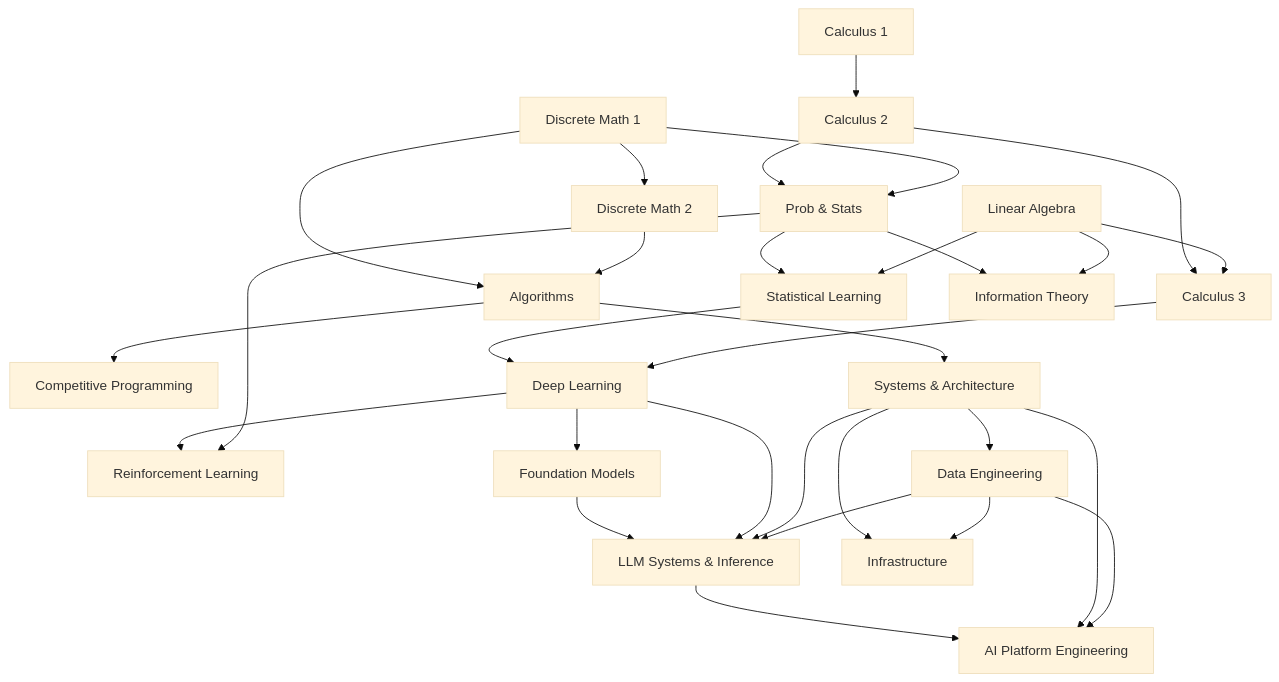
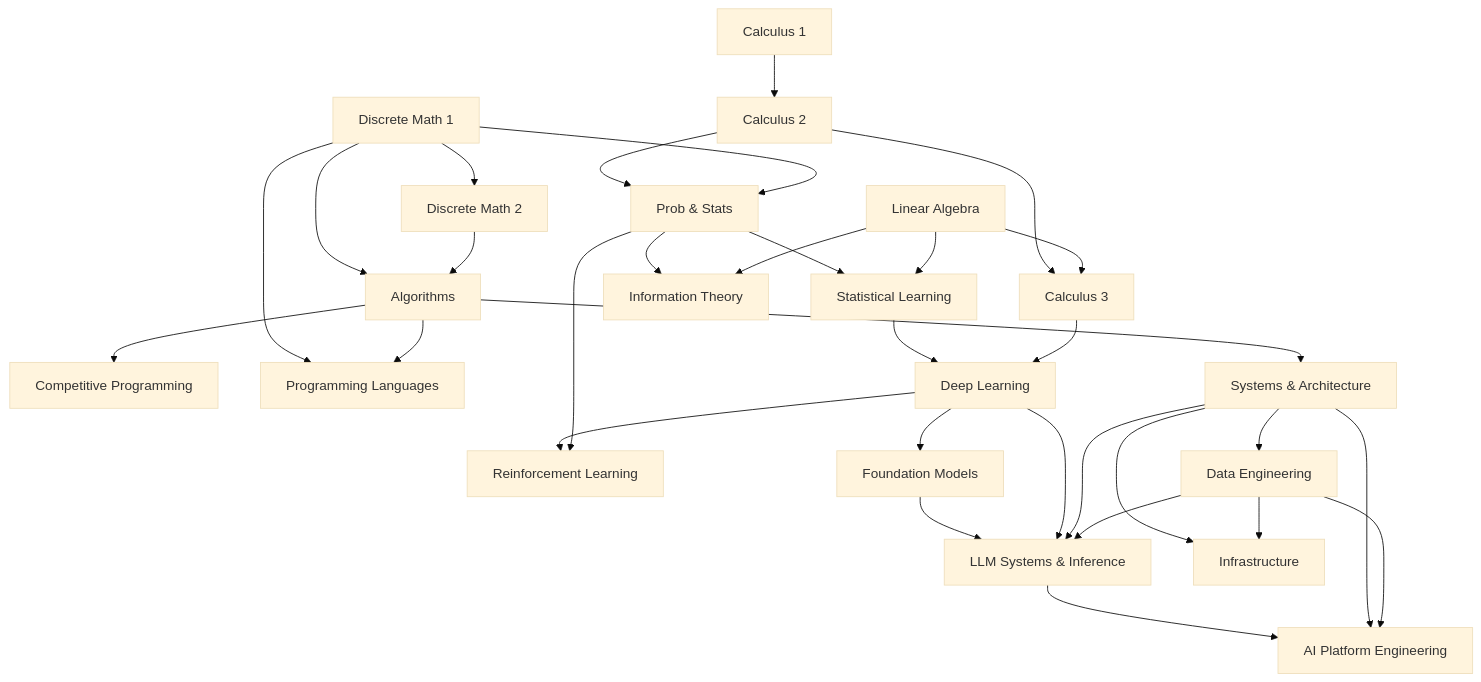
Before and after one commit to urmzd/supersource: the diagram in README.md, drawn with Mermaid (base theme). The commit also changed other lines of this file and 10 other files, not shown here.

First line of the commit message:
feat(programming-languages): add Type Systems & Polymorphism track

````diff
--- a/README.md
+++ b/README.md
@@ -139,38 +140,41 @@
 ```mermaid
 graph TD
     C1[Calculus 1] --> C2[Calculus 2]
     C2 --> C3[Calculus 3]
     LA[Linear Algebra] --> C3
     D1[Discrete Math 1] --> D2[Discrete Math 2]
     C2 --> PS[Prob & Stats]
     D1 --> PS
 
     D1 --> ALG[Algorithms]
     D2 --> ALG
     ALG --> CP[Competitive Programming]
+
+    D1 --> PL[Programming Languages]
+    ALG --> PL
 
     PS --> SL[Statistical Learning]
     LA --> SL
     SL --> DL[Deep Learning]
     C3 --> DL
     DL --> RL[Reinforcement Learning]
     PS --> RL
     DL --> FM[Foundation Models]
 
     PS --> IT[Information Theory]
     LA --> IT
 
     ALG --> SYS[Systems & Architecture]
     SYS --> DE[Data Engineering]
     FM --> LLM[LLM Systems & Inference]
     DL --> LLM
     SYS --> LLM
     DE --> LLM
 
     SYS --> INFRA[Infrastructure]
     DE --> INFRA
 
     LLM --> AIP[AI Platform Engineering]
     SYS --> AIP
     DE --> AIP
 ```
````
